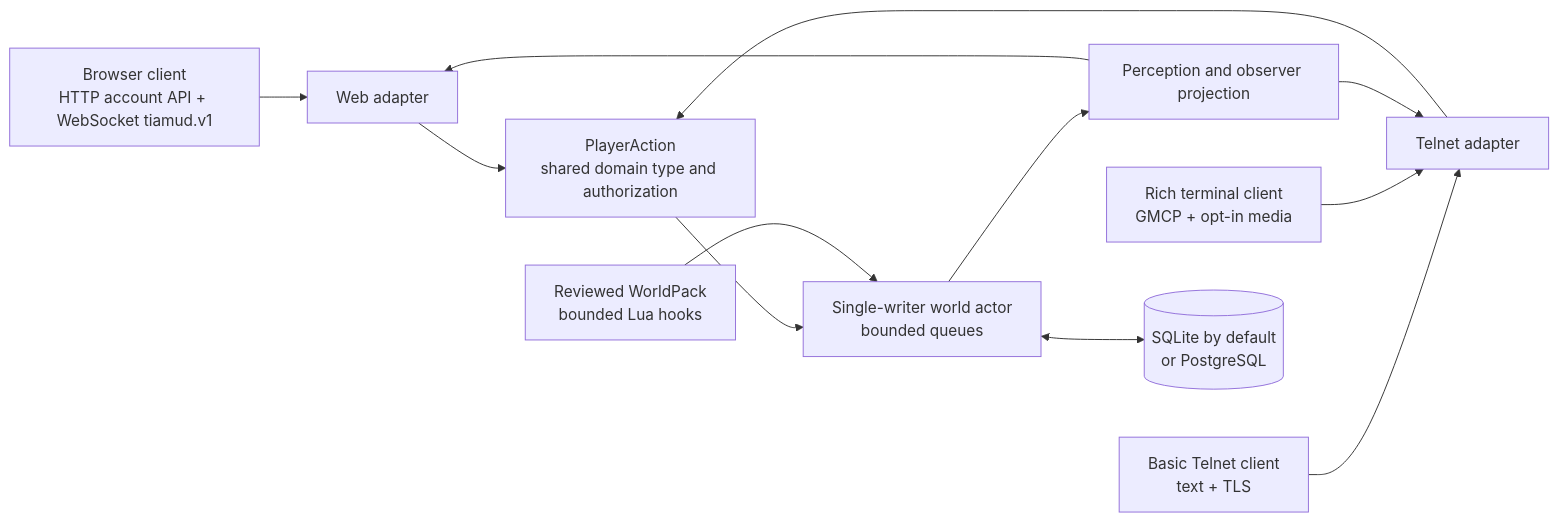
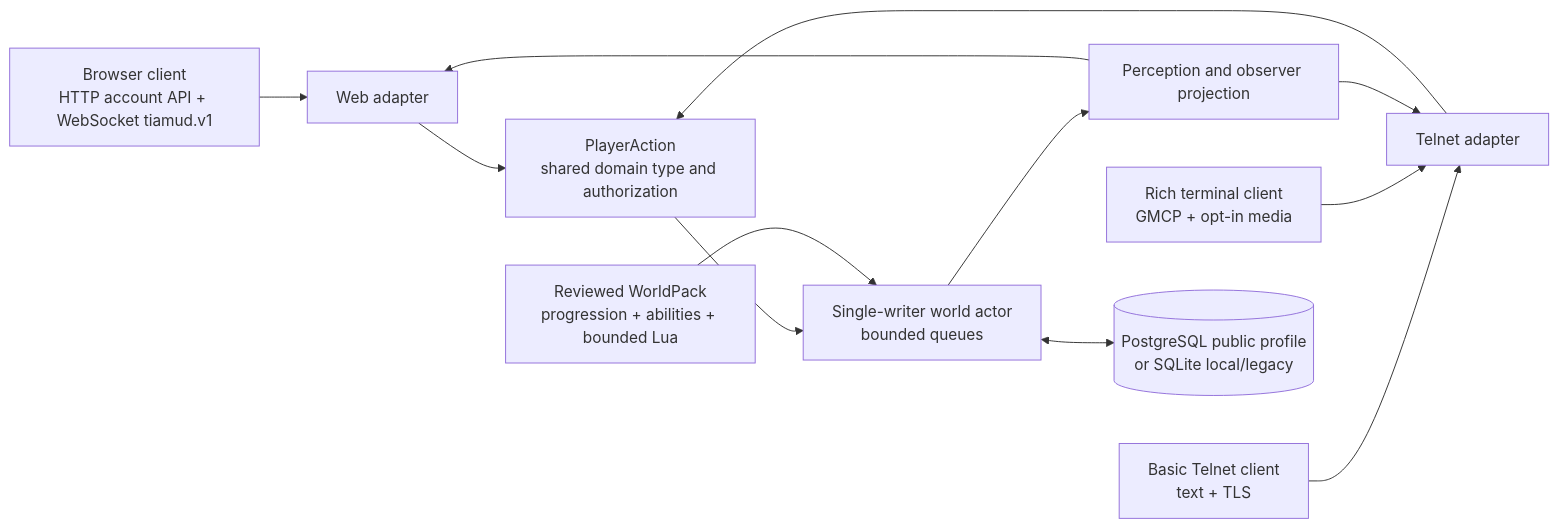
The first of 2 diagrams in README.md (hyukudan/tiamud), drawn with Mermaid before and after one commit. The commit also changed other lines of this file and 40 other files, not shown here.

Commit message:
Add data-driven character progression and abilities

````diff
--- a/README.md
+++ b/README.md
@@ -80,19 +88,19 @@
 ```mermaid
 flowchart LR
     accTitle: Tiamud shared action architecture
     accDescr: Browser and terminal gameplay inputs share one authorized domain path, world actor, observer projection and selected persistence backend.
 
     Browser[Browser client<br/>HTTP account API + WebSocket tiamud.v1] --> Web[Web adapter]
     Telnet[Basic Telnet client<br/>text + TLS] --> TN[Telnet adapter]
     Rich[Rich terminal client<br/>GMCP + opt-in media] --> TN
 
     Web --> Action[PlayerAction<br/>shared domain type and authorization]
     TN --> Action
     Action --> Actor[Single-writer world actor<br/>bounded queues]
     Actor --> Projection[Perception and observer projection]
     Projection --> Web
     Projection --> TN
 
-    Actor <--> Store[(SQLite by default<br/>or PostgreSQL)]
-    Pack[Reviewed WorldPack<br/>bounded Lua hooks] --> Actor
+    Actor <--> Store[(PostgreSQL public profile<br/>or SQLite local/legacy)]
+    Pack[Reviewed WorldPack<br/>progression + abilities + bounded Lua] --> Actor
 ```
````
